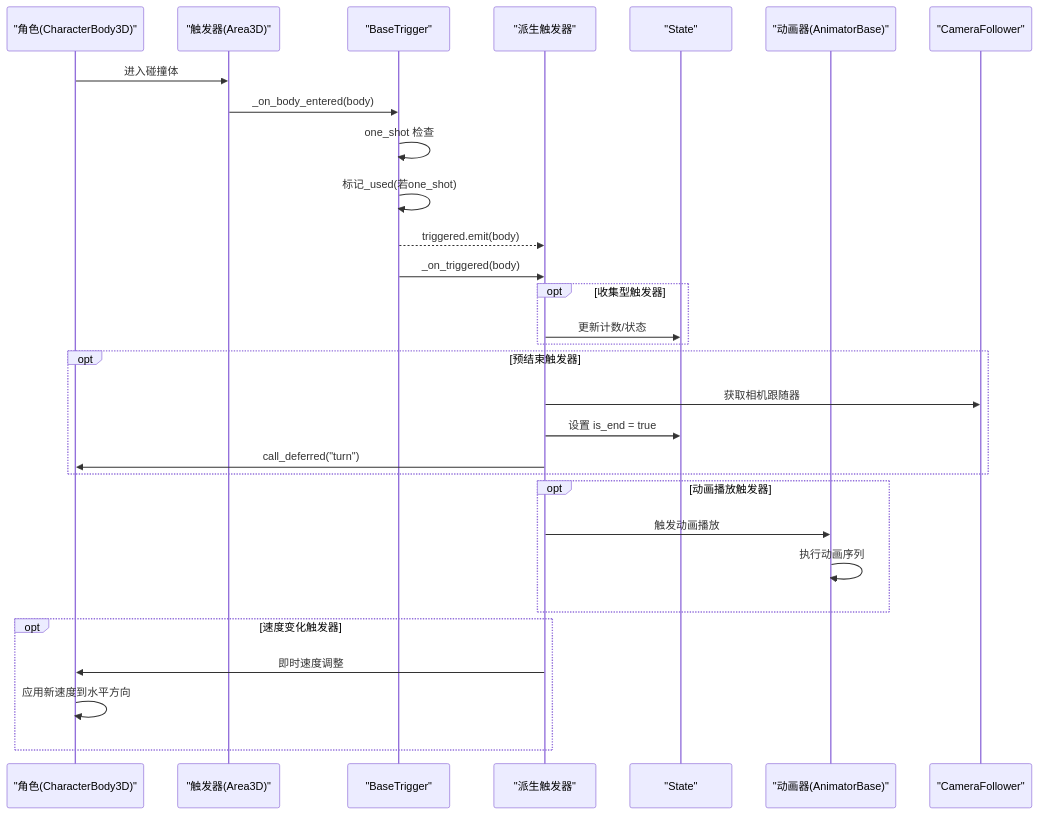
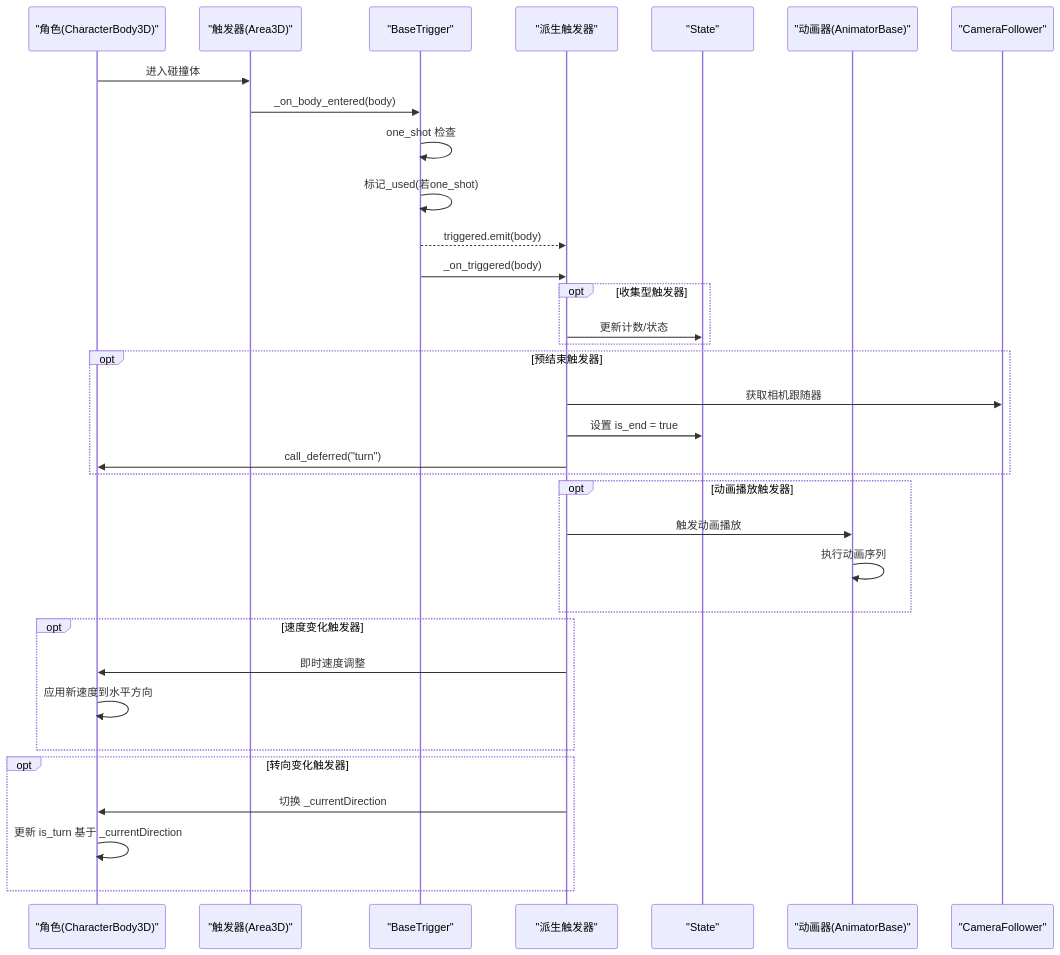
The second of 15 diagrams in .qoder/repowiki/zh/content/游戏系统/触发器系统/触发器系统.md (godotline/godot-line), drawn with Mermaid before and after one commit. The commit also changed other lines of this file and 34 other files, not shown here.

````diff
--- a/.qoder/repowiki/zh/content/游戏系统/触发器系统/触发器系统.md
+++ b/.qoder/repowiki/zh/content/游戏系统/触发器系统/触发器系统.md
@@ -174,32 +176,36 @@
 ```mermaid
 sequenceDiagram
 participant Player as "角色(CharacterBody3D)"
 participant Trigger as "触发器(Area3D)"
 participant Base as "BaseTrigger"
 participant Child as "派生触发器"
 participant State as "State"
 participant Animator as "动画器(AnimatorBase)"
 participant Camera as "CameraFollower"
 Player->>Trigger : 进入碰撞体
 Trigger->>Base : _on_body_entered(body)
 Base->>Base : one_shot 检查
 Base->>Base : 标记_used(若one_shot)
 Base-->>Child : triggered.emit(body)
 Base->>Child : _on_triggered(body)
 opt 收集型触发器
 Child->>State : 更新计数/状态
 end
 opt 预结束触发器
 Child->>Camera : 获取相机跟随器
 Child->>State : 设置 is_end = true
 Child->>Player : call_deferred("turn")
 end
 opt 动画播放触发器
 Child->>Animator : 触发动画播放
 Animator->>Animator : 执行动画序列
 end
 opt 速度变化触发器
 Child->>Player : 即时速度调整
 Player->>Player : 应用新速度到水平方向
 end
+opt 转向变化触发器
+Child->>Player : 切换 _currentDirection
+Player->>Player : 更新 is_turn 基于 _currentDirection
+end
 ```
````
